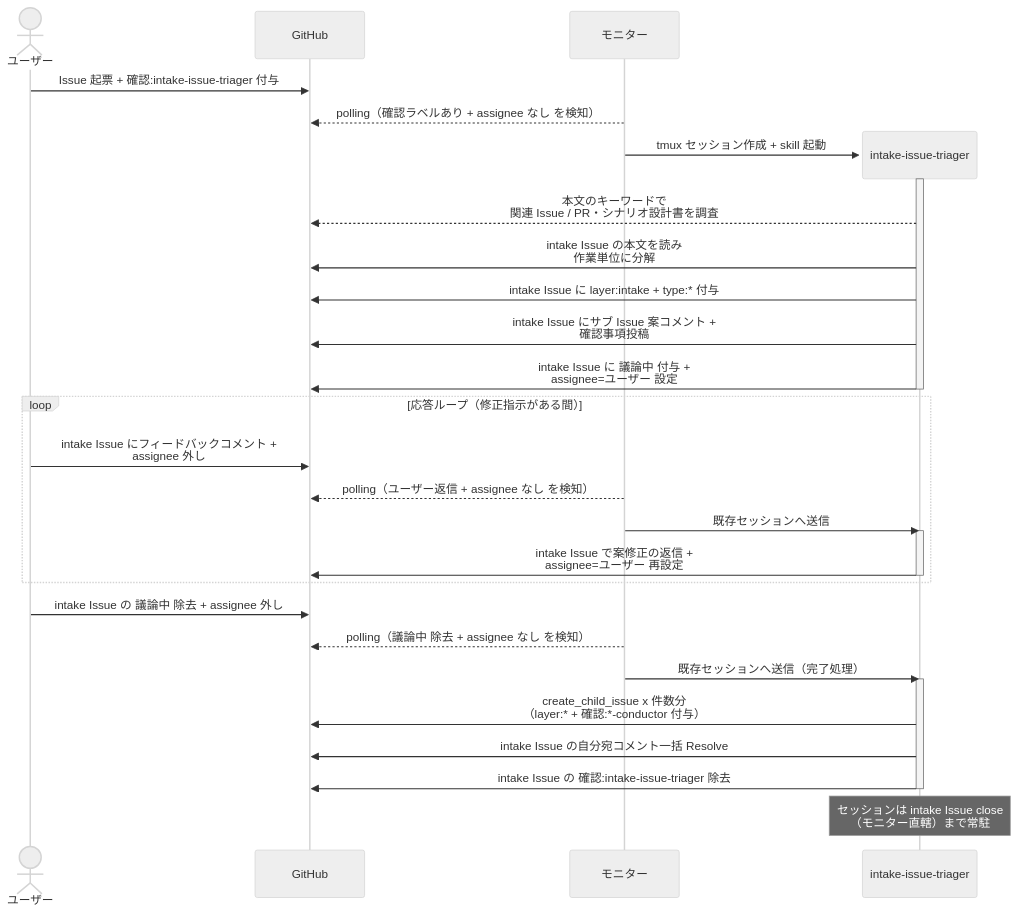
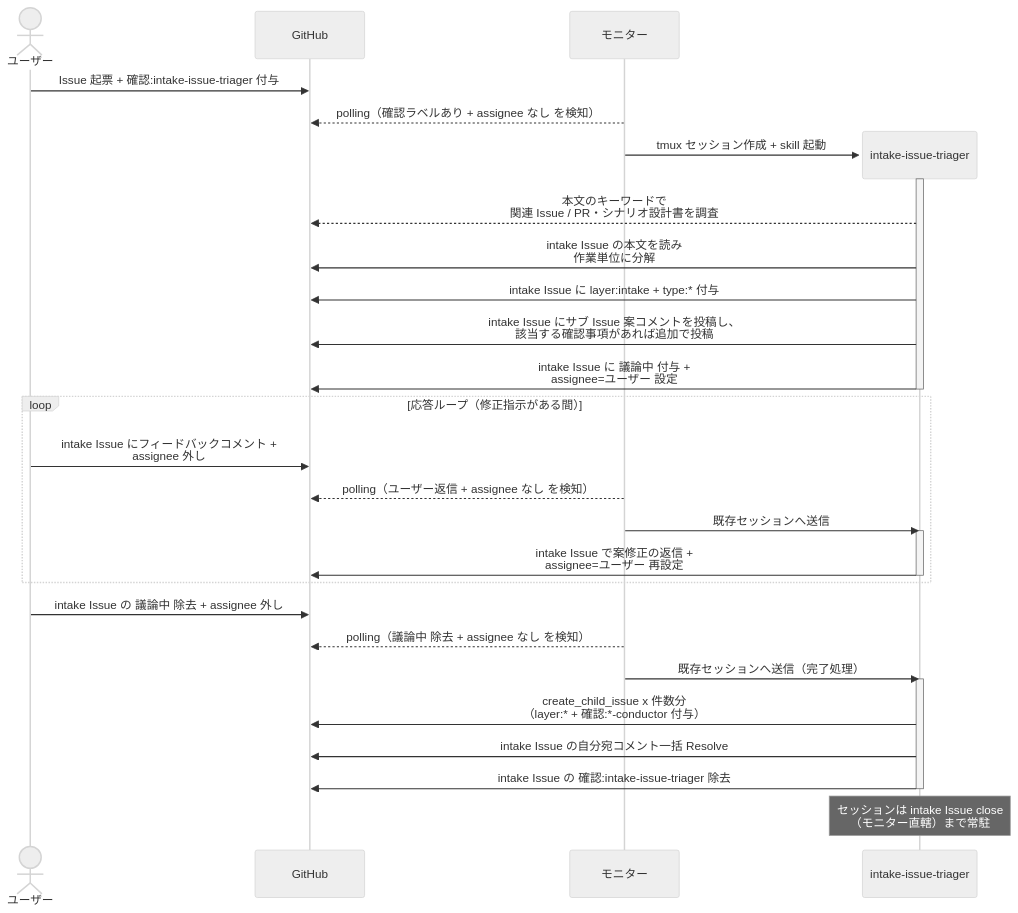
The diagram in docs/wiki/設計図/シナリオ/単一ユースケース/Issue分解と子起票.md (shuhei1101/ai-monitor), drawn with Mermaid (neutral theme) before and after one commit. The commit also changed 5 other files, not shown here.

````diff
--- a/docs/wiki/設計図/シナリオ/単一ユースケース/Issue分解と子起票.md
+++ b/docs/wiki/設計図/シナリオ/単一ユースケース/Issue分解と子起票.md
@@ -22,37 +22,37 @@
 ```mermaid
 sequenceDiagram
   actor U as ユーザー
   participant GH as GitHub
   participant ORC as モニター
 
   U->>GH: Issue 起票 + 確認:intake-issue-triager 付与
   ORC-->>GH: polling（確認ラベルあり + assignee なし を検知）
   create participant MON as intake-issue-triager
   ORC->>MON: tmux セッション作成 + skill 起動
   activate MON
   MON-->>GH: 本文のキーワードで<br>関連 Issue / PR・シナリオ設計書を調査
   MON->>GH: intake Issue の本文を読み<br>作業単位に分解
   MON->>GH: intake Issue に layer:intake + type:* 付与
-  MON->>GH: intake Issue にサブ Issue 案コメント +<br>確認事項投稿
+  MON->>GH: intake Issue にサブ Issue 案コメントを投稿し、<br>該当する確認事項があれば追加で投稿
   MON->>GH: intake Issue に 議論中 付与 +<br>assignee=ユーザー 設定
   deactivate MON
 
   loop 応答ループ（修正指示がある間）
     U->>GH: intake Issue にフィードバックコメント +<br>assignee 外し
     ORC-->>GH: polling（ユーザー返信 + assignee なし を検知）
     ORC->>MON: 既存セッションへ送信
     activate MON
     MON->>GH: intake Issue で案修正の返信 +<br>assignee=ユーザー 再設定
     deactivate MON
   end
 
   U->>GH: intake Issue の 議論中 除去 + assignee 外し
   ORC-->>GH: polling（議論中 除去 + assignee なし を検知）
   ORC->>MON: 既存セッションへ送信（完了処理）
   activate MON
   MON->>GH: create_child_issue x 件数分<br>（layer:* + 確認:*-conductor 付与）
   MON->>GH: intake Issue の自分宛コメント一括 Resolve
   MON->>GH: intake Issue の 確認:intake-issue-triager 除去
   deactivate MON
   Note over MON: セッションは intake Issue close<br>（モニター直轄）まで常駐
 ```
````
